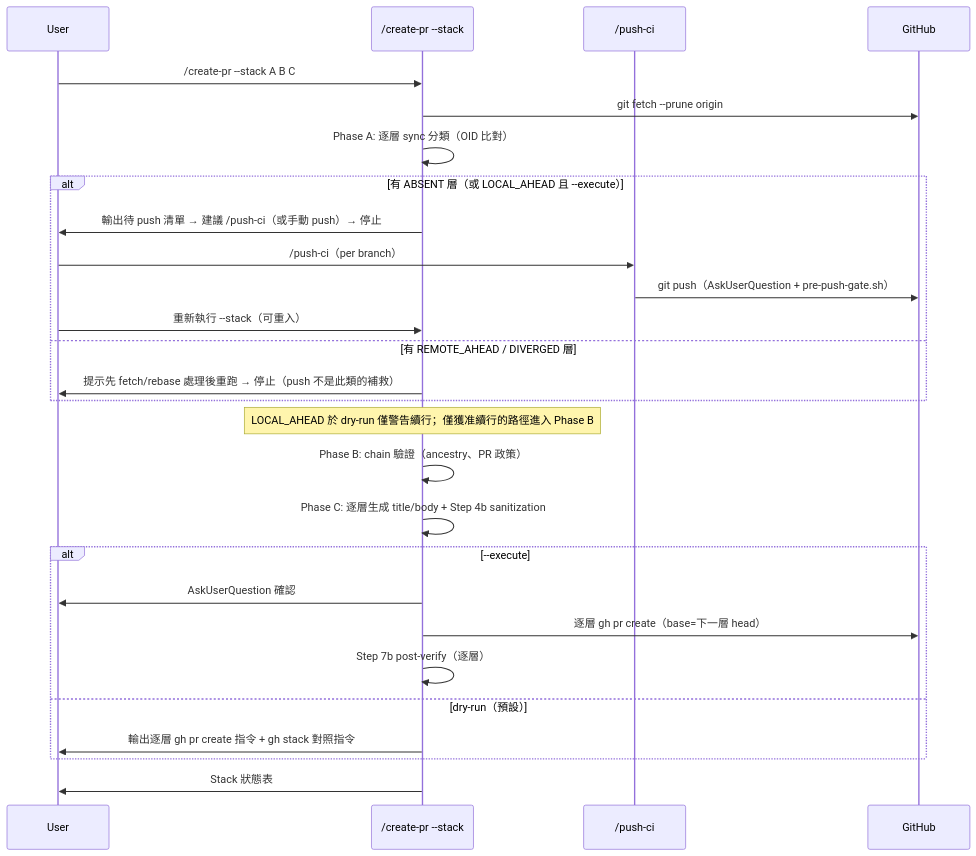
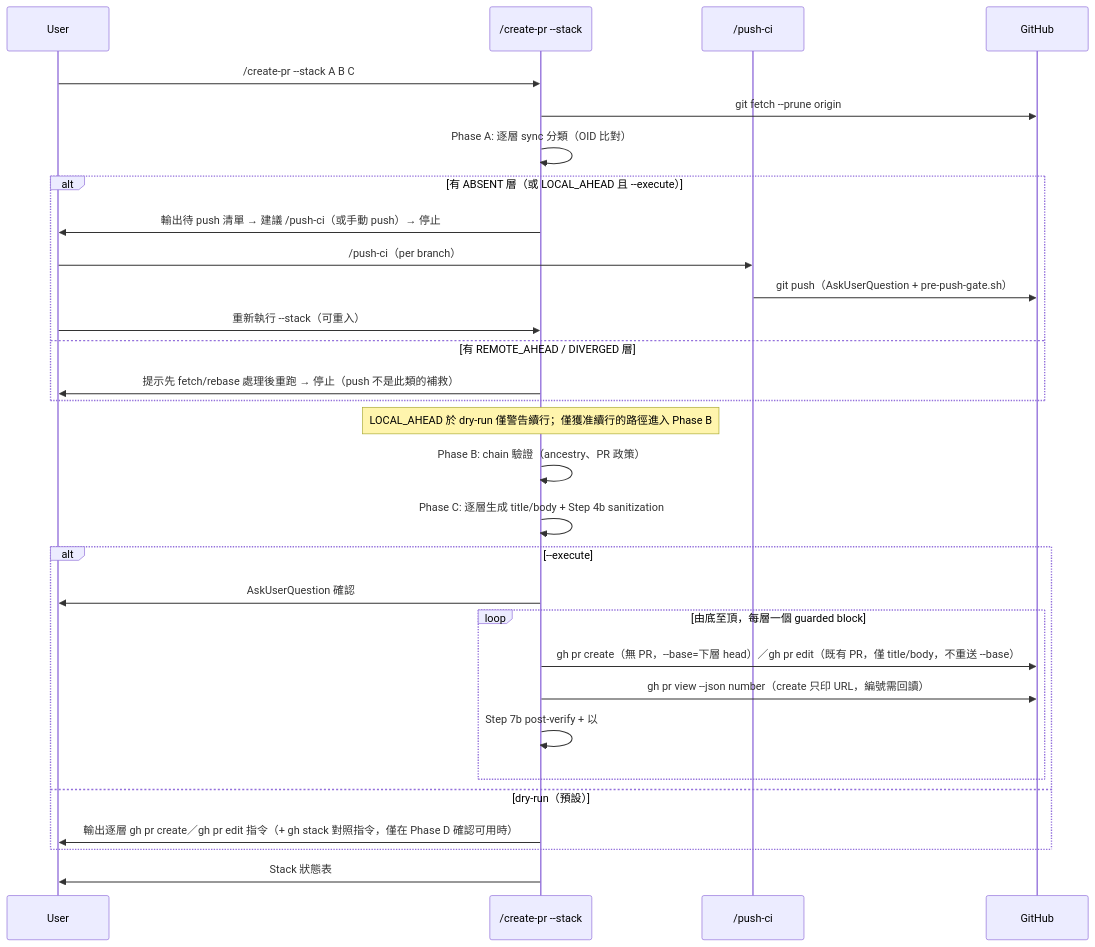
Before and after one commit to sd0xdev/sd0x-dev-flow: the diagram in docs/features/create-pr-stacked/2-tech-spec.md, drawn with Mermaid. The commit also changed other lines of this file and 5 other files, not shown here.

````diff
--- a/docs/features/create-pr-stacked/2-tech-spec.md
+++ b/docs/features/create-pr-stacked/2-tech-spec.md
@@ -40,30 +40,33 @@
 ```mermaid
 sequenceDiagram
     participant U as User
     participant CP as /create-pr --stack
     participant PC as /push-ci
     participant GH as GitHub
 
     U->>CP: /create-pr --stack A B C
     CP->>GH: git fetch --prune origin
     CP->>CP: Phase A: 逐層 sync 分類（OID 比對）
     alt 有 ABSENT 層（或 LOCAL_AHEAD 且 --execute）
         CP->>U: 輸出待 push 清單 → 建議 /push-ci（或手動 push）→ 停止
         U->>PC: /push-ci（per branch）
         PC->>GH: git push（AskUserQuestion + pre-push-gate.sh）
         U->>CP: 重新執行 --stack（可重入）
     else 有 REMOTE_AHEAD / DIVERGED 層
         CP->>U: 提示先 fetch/rebase 處理後重跑 → 停止（push 不是此類的補救）
     end
     Note over CP: LOCAL_AHEAD 於 dry-run 僅警告續行；僅獲准續行的路徑進入 Phase B
     CP->>CP: Phase B: chain 驗證（ancestry、PR 政策）
     CP->>CP: Phase C: 逐層生成 title/body + Step 4b sanitization
     alt --execute
         CP->>U: AskUserQuestion 確認
-        CP->>GH: 逐層 gh pr create（base=下一層 head）
-        CP->>CP: Step 7b post-verify（逐層）
+        loop 由底至頂，每層一個 guarded block
+            CP->>GH: gh pr create（無 PR，--base=下層 head）／gh pr edit（既有 PR，僅 title/body，不重送 --base）
+            CP->>GH: gh pr view --json number（create 只印 URL，編號需回讀）
+            CP->>CP: Step 7b post-verify + 以 #N 產生上一層 body
+        end
     else dry-run（預設）
-        CP->>U: 輸出逐層 gh pr create 指令 + gh stack 對照指令
+        CP->>U: 輸出逐層 gh pr create／gh pr edit 指令（+ gh stack 對照指令，僅在 Phase D 確認可用時）
     end
     CP->>U: Stack 狀態表
 ```
````
